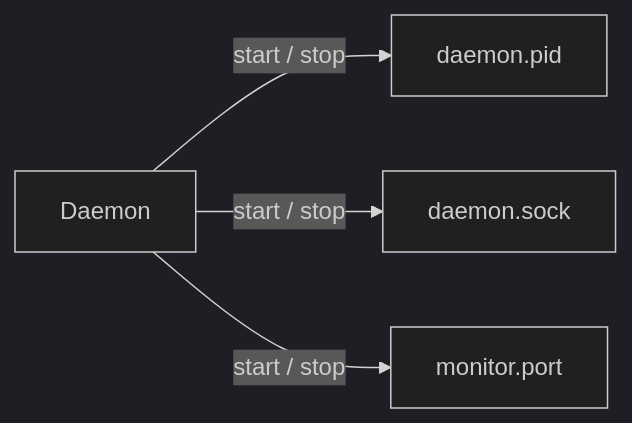
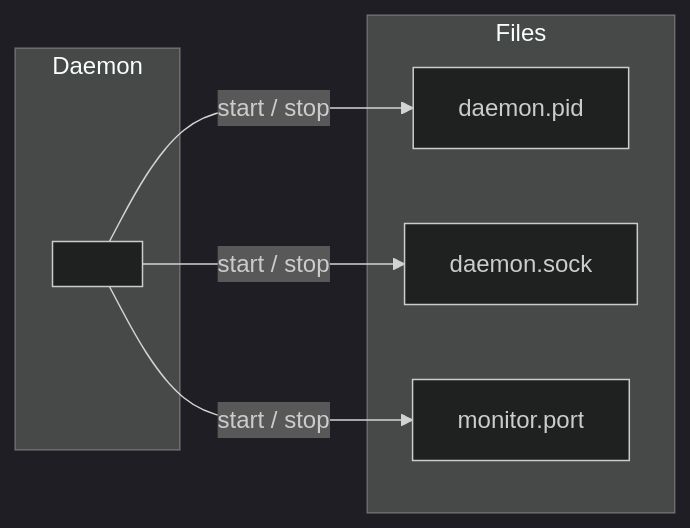
Before and after one commit to HealGaren/claude-channel-mux: the ninth of 12 diagrams in docs/guides/architecture.md, drawn with Mermaid (dark theme). The commit also changed other lines of this file, not shown here.

Commit message:
docs: add subgraph boxes to state directory diagrams

````diff
--- a/docs/guides/architecture.md
+++ b/docs/guides/architecture.md
@@ -188,6 +198,15 @@
 ```mermaid
 graph LR
-    Daemon -->|start / stop| PID[daemon.pid]
-    Daemon -->|start / stop| SOCK[daemon.sock]
-    Daemon -->|start / stop| MON[monitor.port]
+    subgraph Daemon
+        D[ ]
+    end
+    subgraph Files
+        PID[daemon.pid]
+        SOCK[daemon.sock]
+        MON[monitor.port]
+    end
+
+    D -->|start / stop| PID
+    D -->|start / stop| SOCK
+    D -->|start / stop| MON
 ```
````
